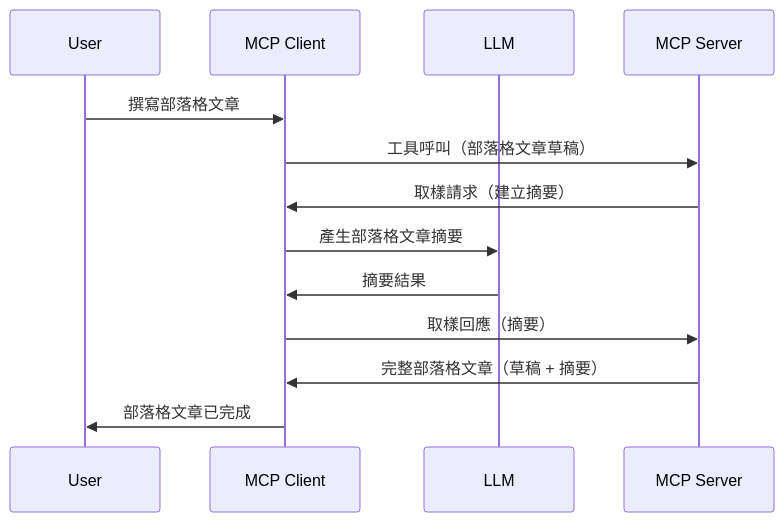
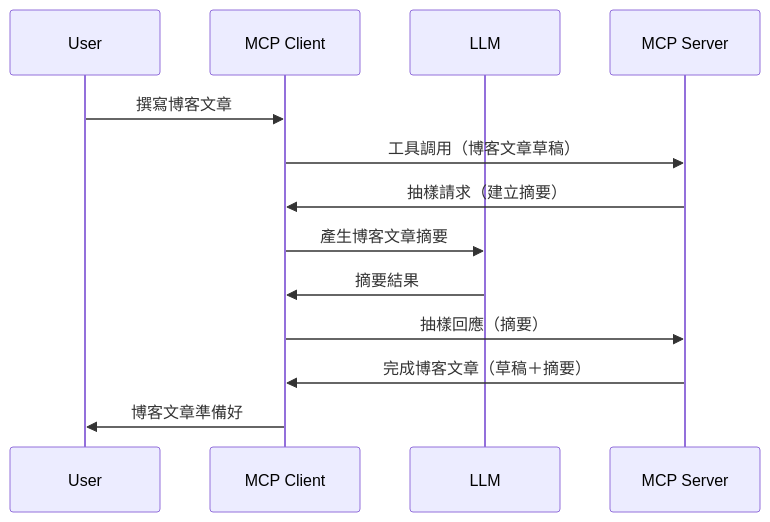
Before and after one commit to HIDORAKAI002/ai-workspace-archive: the diagram in mcp_ecosystem__model_context_protocol/mcp_learning_resources/mcp-for-beginners/translations/zh-MO/03-GettingStarted/14-sampling/README.md, drawn with Mermaid. The commit also changed other lines of this file and 1539 other files, not shown here.

````diff
--- a/mcp_ecosystem__model_context_protocol/mcp_learning_resources/mcp-for-beginners/translations/zh-MO/03-GettingStarted/14-sampling/README.md
+++ b/mcp_ecosystem__model_context_protocol/mcp_learning_resources/mcp-for-beginners/translations/zh-MO/03-GettingStarted/14-sampling/README.md
@@ -23,16 +23,16 @@
 ```mermaid
 sequenceDiagram
     participant User
     participant MCP Client
     participant LLM
     participant MCP Server
 
-    User->>MCP Client: 撰寫部落格文章
-    MCP Client->>MCP Server: 工具呼叫（部落格文章草稿）
-    MCP Server->>MCP Client: 取樣請求（建立摘要）
-    MCP Client->>LLM: 產生部落格文章摘要
+    User->>MCP Client: 撰寫博客文章
+    MCP Client->>MCP Server: 工具調用（博客文章草稿）
+    MCP Server->>MCP Client: 抽樣請求（建立摘要）
+    MCP Client->>LLM: 產生博客文章摘要
     LLM->>MCP Client: 摘要結果
-    MCP Client->>MCP Server: 取樣回應（摘要）
-    MCP Server->>MCP Client: 完整部落格文章（草稿 + 摘要）
-    MCP Client->>User: 部落格文章已完成
+    MCP Client->>MCP Server: 抽樣回應（摘要）
+    MCP Server->>MCP Client: 完成博客文章（草稿＋摘要）
+    MCP Client->>User: 博客文章準備好
 ```
````
